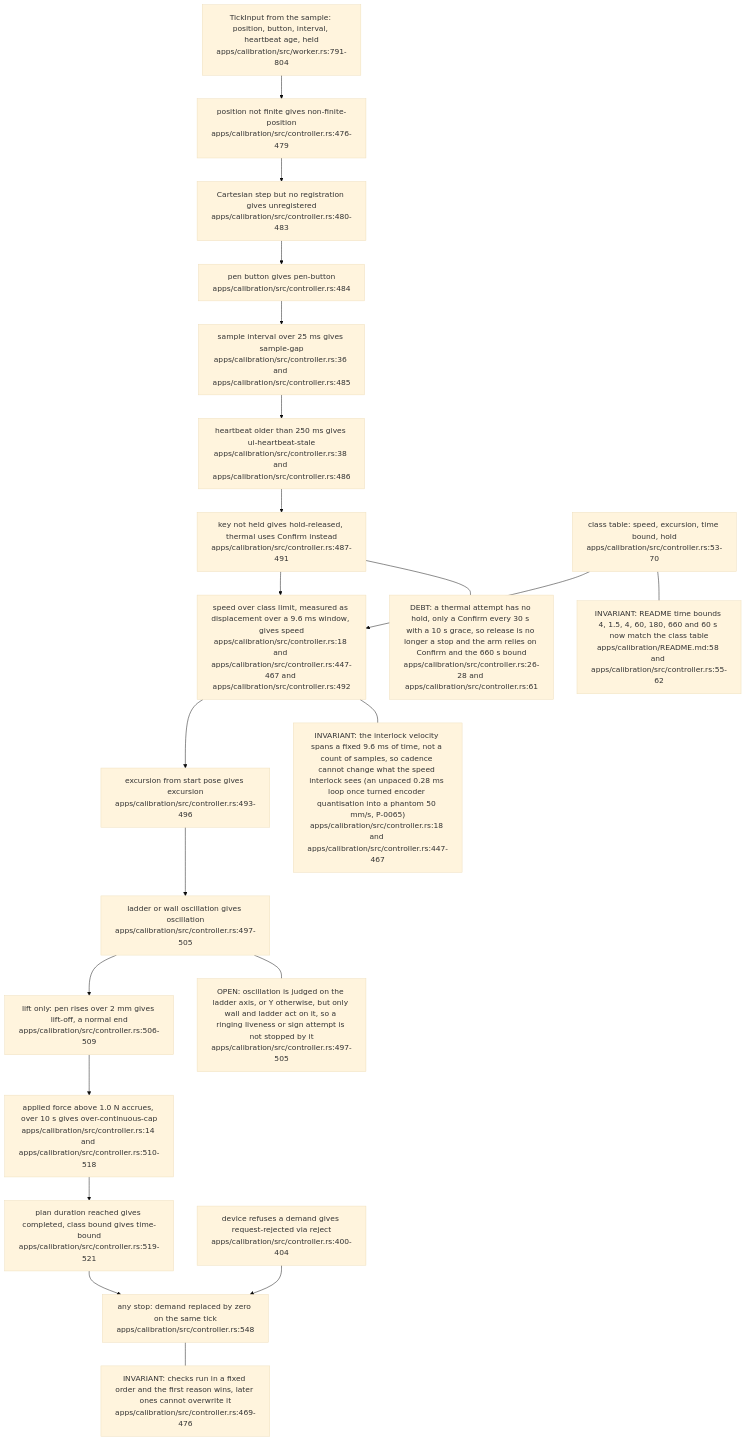
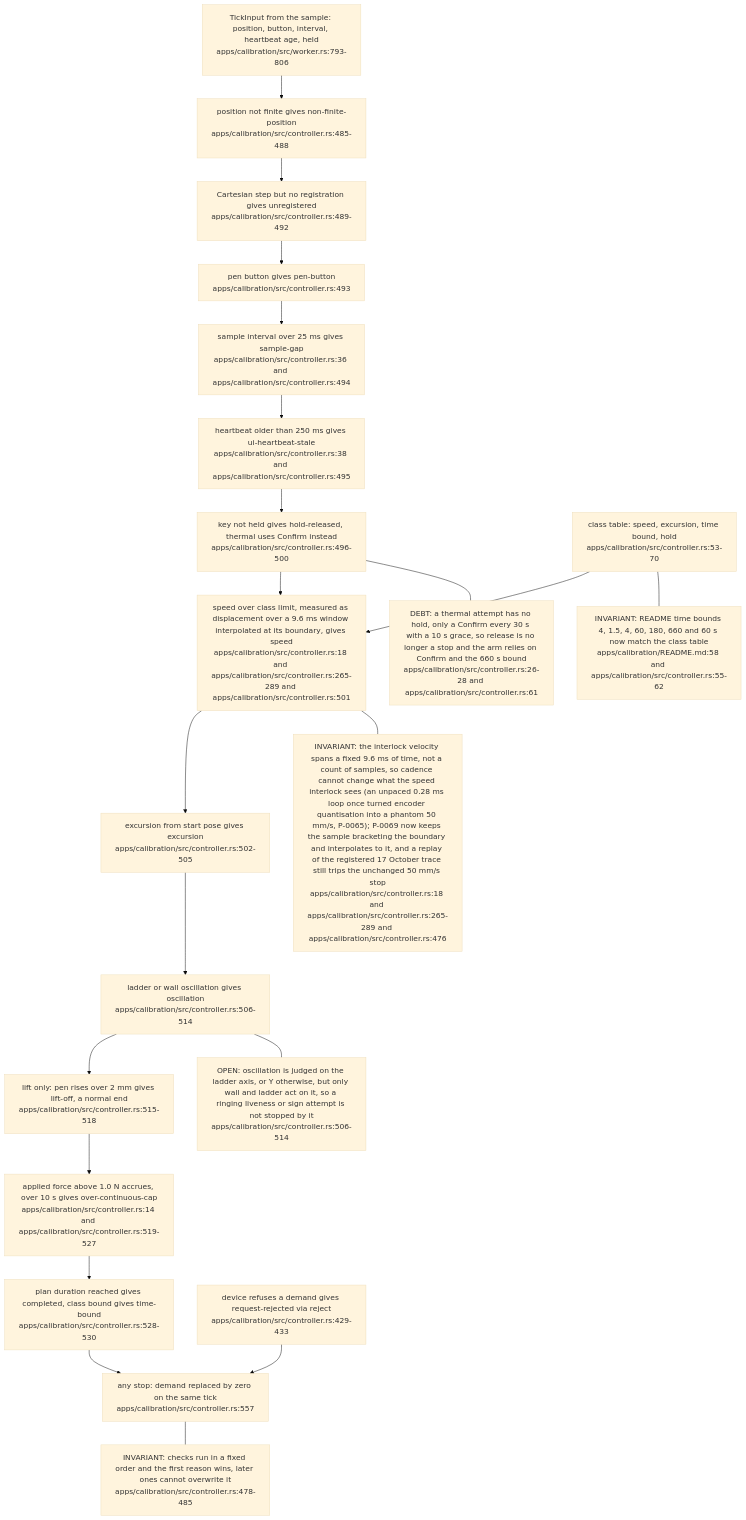
Before and after one commit to DreamLab-AI/VisionFlow: the third of 7 diagrams in docs/diagrams/visiontouch-rs/08-calibration-studio-and-verification-ladder.md, drawn with Mermaid (base theme). The commit also changed other lines of this file and 160 other files, not shown here.

````diff
--- a/docs/diagrams/visiontouch-rs/08-calibration-studio-and-verification-ladder.md
+++ b/docs/diagrams/visiontouch-rs/08-calibration-studio-and-verification-ladder.md
@@ -126,44 +132,44 @@
 ```mermaid
 flowchart TB
-    IN["TickInput from the sample: position, button, interval, heartbeat age, held<br/>apps/calibration/src/worker.rs:791-804"]
-    NF["position not finite gives non-finite-position<br/>apps/calibration/src/controller.rs:476-479"]
-    UR["Cartesian step but no registration gives unregistered<br/>apps/calibration/src/controller.rs:480-483"]
-    BT["pen button gives pen-button<br/>apps/calibration/src/controller.rs:484"]
-    GAP["sample interval over 25 ms gives sample-gap<br/>apps/calibration/src/controller.rs:36 and apps/calibration/src/controller.rs:485"]
-    HB["heartbeat older than 250 ms gives ui-heartbeat-stale<br/>apps/calibration/src/controller.rs:38 and apps/calibration/src/controller.rs:486"]
-    HOLD["key not held gives hold-released, thermal uses Confirm instead<br/>apps/calibration/src/controller.rs:487-491"]
-    SPD["speed over class limit, measured as displacement over a 9.6 ms window, gives speed<br/>apps/calibration/src/controller.rs:18 and apps/calibration/src/controller.rs:447-467 and apps/calibration/src/controller.rs:492"]
-    EXC["excursion from start pose gives excursion<br/>apps/calibration/src/controller.rs:493-496"]
-    OSC["ladder or wall oscillation gives oscillation<br/>apps/calibration/src/controller.rs:497-505"]
-    LFT["lift only: pen rises over 2 mm gives lift-off, a normal end<br/>apps/calibration/src/controller.rs:506-509"]
-    BUD["applied force above 1.0 N accrues, over 10 s gives over-continuous-cap<br/>apps/calibration/src/controller.rs:14 and apps/calibration/src/controller.rs:510-518"]
-    END["plan duration reached gives completed, class bound gives time-bound<br/>apps/calibration/src/controller.rs:519-521"]
-    ZERO["any stop: demand replaced by zero on the same tick<br/>apps/calibration/src/controller.rs:548"]
+    IN["TickInput from the sample: position, button, interval, heartbeat age, held<br/>apps/calibration/src/worker.rs:793-806"]
+    NF["position not finite gives non-finite-position<br/>apps/calibration/src/controller.rs:485-488"]
+    UR["Cartesian step but no registration gives unregistered<br/>apps/calibration/src/controller.rs:489-492"]
+    BT["pen button gives pen-button<br/>apps/calibration/src/controller.rs:493"]
+    GAP["sample interval over 25 ms gives sample-gap<br/>apps/calibration/src/controller.rs:36 and apps/calibration/src/controller.rs:494"]
+    HB["heartbeat older than 250 ms gives ui-heartbeat-stale<br/>apps/calibration/src/controller.rs:38 and apps/calibration/src/controller.rs:495"]
+    HOLD["key not held gives hold-released, thermal uses Confirm instead<br/>apps/calibration/src/controller.rs:496-500"]
+    SPD["speed over class limit, measured as displacement over a 9.6 ms window interpolated at its boundary, gives speed<br/>apps/calibration/src/controller.rs:18 and apps/calibration/src/controller.rs:265-289 and apps/calibration/src/controller.rs:501"]
+    EXC["excursion from start pose gives excursion<br/>apps/calibration/src/controller.rs:502-505"]
+    OSC["ladder or wall oscillation gives oscillation<br/>apps/calibration/src/controller.rs:506-514"]
+    LFT["lift only: pen rises over 2 mm gives lift-off, a normal end<br/>apps/calibration/src/controller.rs:515-518"]
+    BUD["applied force above 1.0 N accrues, over 10 s gives over-continuous-cap<br/>apps/calibration/src/controller.rs:14 and apps/calibration/src/controller.rs:519-527"]
+    END["plan duration reached gives completed, class bound gives time-bound<br/>apps/calibration/src/controller.rs:528-530"]
+    ZERO["any stop: demand replaced by zero on the same tick<br/>apps/calibration/src/controller.rs:557"]
     LIM["class table: speed, excursion, time bound, hold<br/>apps/calibration/src/controller.rs:53-70"]
-    REJ["device refuses a demand gives request-rejected via reject<br/>apps/calibration/src/controller.rs:400-404"]
+    REJ["device refuses a demand gives request-rejected via reject<br/>apps/calibration/src/controller.rs:429-433"]
     IN --> NF
     NF --> UR
     UR --> BT
     BT --> GAP
     GAP --> HB
     HB --> HOLD
     HOLD --> SPD
     SPD --> EXC
     EXC --> OSC
     OSC --> LFT
     LFT --> BUD
     BUD --> END
     END --> ZERO
     LIM --> SPD
     REJ --> ZERO
-    N1["INVARIANT: checks run in a fixed order and the first reason wins, later ones cannot overwrite it<br/>apps/calibration/src/controller.rs:469-476"]
-    N2["INVARIANT: the interlock velocity spans a fixed 9.6 ms of time, not a count of samples, so cadence cannot change what the speed interlock sees (an unpaced 0.28 ms loop once turned encoder quantisation into a phantom 50 mm/s, P-0065)<br/>apps/calibration/src/controller.rs:18 and apps/calibration/src/controller.rs:447-467"]
+    N1["INVARIANT: checks run in a fixed order and the first reason wins, later ones cannot overwrite it<br/>apps/calibration/src/controller.rs:478-485"]
+    N2["INVARIANT: the interlock velocity spans a fixed 9.6 ms of time, not a count of samples, so cadence cannot change what the speed interlock sees (an unpaced 0.28 ms loop once turned encoder quantisation into a phantom 50 mm/s, P-0065); P-0069 now keeps the sample bracketing the boundary and interpolates to it, and a replay of the registered 17 October trace still trips the unchanged 50 mm/s stop<br/>apps/calibration/src/controller.rs:18 and apps/calibration/src/controller.rs:265-289 and apps/calibration/src/controller.rs:476"]
     N5["INVARIANT: README time bounds 4, 1.5, 4, 60, 180, 660 and 60 s now match the class table<br/>apps/calibration/README.md:58 and apps/calibration/src/controller.rs:55-62"]
     N3["DEBT: a thermal attempt has no hold, only a Confirm every 30 s with a 10 s grace, so release is no longer a stop and the arm relies on Confirm and the 660 s bound<br/>apps/calibration/src/controller.rs:26-28 and apps/calibration/src/controller.rs:61"]
-    N4["OPEN: oscillation is judged on the ladder axis, or Y otherwise, but only wall and ladder act on it, so a ringing liveness or sign attempt is not stopped by it<br/>apps/calibration/src/controller.rs:497-505"]
+    N4["OPEN: oscillation is judged on the ladder axis, or Y otherwise, but only wall and ladder act on it, so a ringing liveness or sign attempt is not stopped by it<br/>apps/calibration/src/controller.rs:506-514"]
     ZERO --- N1
     SPD --- N2
     LIM --- N5
     HOLD --- N3
     OSC --- N4
 ```
````
